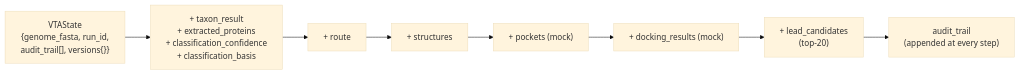
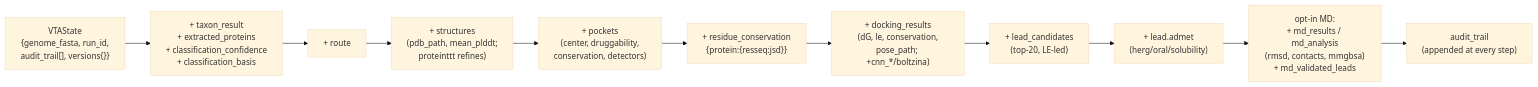
Before and after one commit to aakashverma3451-genes/vta-agent: the fourth of 4 diagrams in ARCHITECTURE.md, drawn with Mermaid (base theme). The commit also changed other lines of this file, not shown here.

First line of the commit message:
docs(architecture): SPEC #3 — refresh diagrams to match the real graph

````diff
--- a/ARCHITECTURE.md
+++ b/ARCHITECTURE.md
@@ -458,11 +487,14 @@
 ```mermaid
 flowchart LR
     s0["VTAState<br/>{genome_fasta, run_id,<br/>audit_trail[], versions{}}"]
     s0 --> s1["+ taxon_result<br/>+ extracted_proteins<br/>+ classification_confidence<br/>+ classification_basis"]
     s1 --> s2["+ route"]
-    s2 --> s3["+ structures"]
-    s3 --> s4["+ pockets (mock)"]
-    s4 --> s5["+ docking_results (mock)"]
-    s5 --> s6["+ lead_candidates<br/>(top-20)"]
-    s6 --> audit["audit_trail<br/>(appended at every step)"]
+    s2 --> s3["+ structures<br/>(pdb_path, mean_plddt;<br/>proteinttt refines)"]
+    s3 --> s4["+ pockets<br/>(center, druggability,<br/>conservation, detectors)"]
+    s4 --> s4b["+ residue_conservation<br/>{protein:{resseq:jsd}}"]
+    s4b --> s5["+ docking_results<br/>(dG, le, conservation,<br/>pose_path; +cnn_*/boltzina)"]
+    s5 --> s6["+ lead_candidates<br/>(top-20, LE-led)"]
+    s6 --> s7["+ lead.admet<br/>(herg/oral/solubility)"]
+    s7 --> s8["opt-in MD:<br/>+ md_results / md_analysis<br/>(rmsd, contacts, mmgbsa)<br/>+ md_validated_leads"]
+    s8 --> audit["audit_trail<br/>(appended at every step)"]
 ```
````
